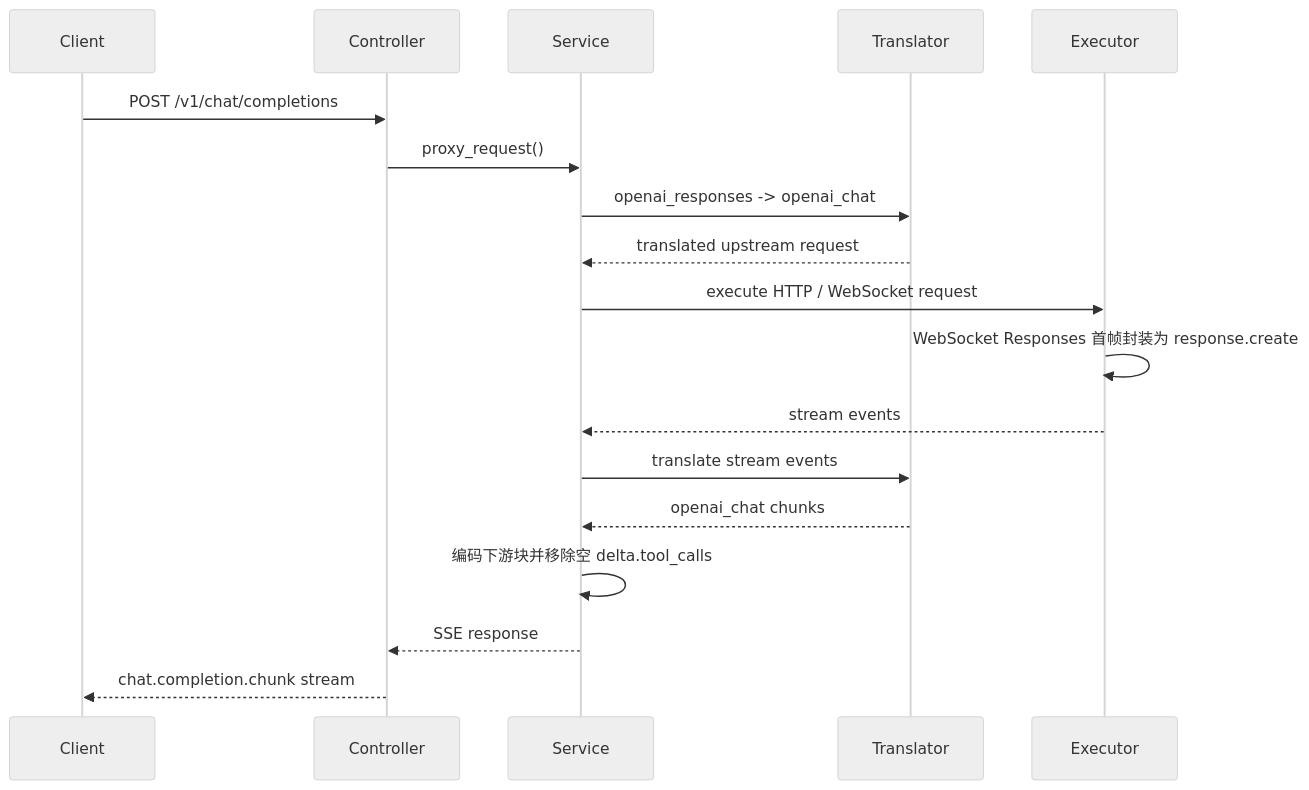
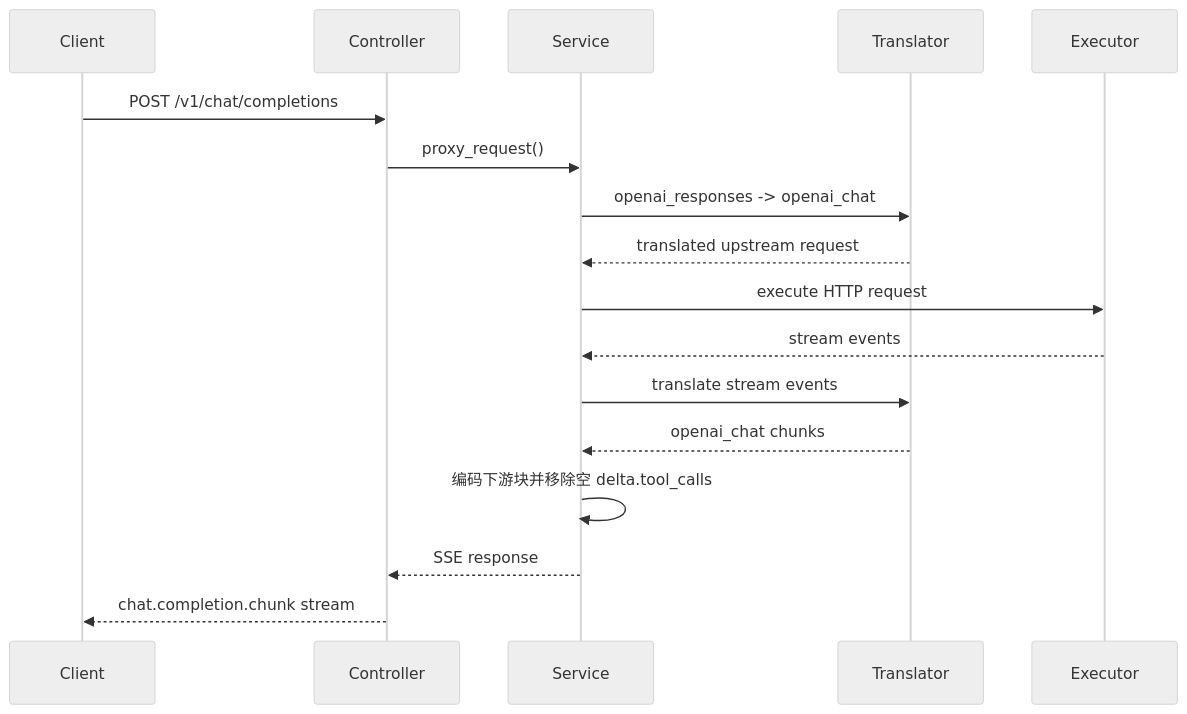
The first of 3 diagrams in docs/architecture-4plus1.md (VonSdite/LLM_Proxy), drawn with Mermaid (neutral theme) before and after one commit. The commit also changed other lines of this file and 47 other files, not shown here.

````diff
--- a/docs/architecture-4plus1.md
+++ b/docs/architecture-4plus1.md
@@ -383,21 +496,20 @@
 ```mermaid
 sequenceDiagram
     participant Client
     participant Controller
     participant Service
     participant Translator
     participant Executor
 
     Client->>Controller: POST /v1/chat/completions
     Controller->>Service: proxy_request()
     Service->>Translator: openai_responses -> openai_chat
     Translator-->>Service: translated upstream request
-    Service->>Executor: execute HTTP / WebSocket request
-    Executor->>Executor: WebSocket Responses 首帧封装为 response.create
+    Service->>Executor: execute HTTP request
     Executor-->>Service: stream events
     Service->>Translator: translate stream events
     Translator-->>Service: openai_chat chunks
     Service->>Service: 编码下游块并移除空 delta.tool_calls
     Service-->>Controller: SSE response
     Controller-->>Client: chat.completion.chunk stream
 ```
````
